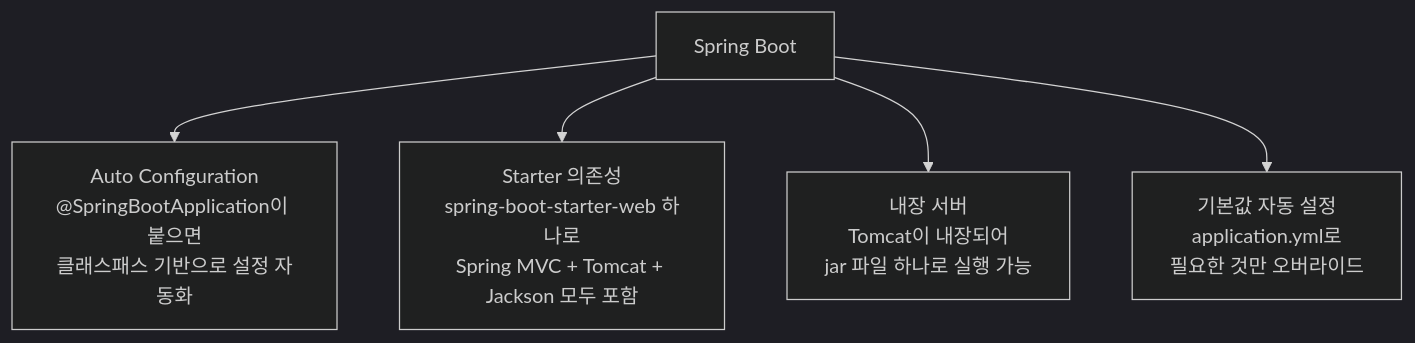
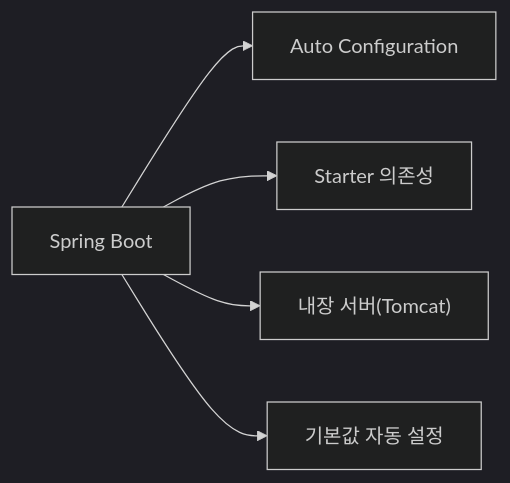
Before and after one commit to yjkim2015/yjkim2015.github.io: the first of 2 diagrams in _posts/springboot/2021-04-27-springboot-프로젝트생성.md, drawn with Mermaid (dark theme). The commit also changed other lines of this file and 245 other files, not shown here.

First line of the commit message:
Mermaid 다이어그램 전면 수정 + 면접 포인트 접기/펼치기 + DB 데드락 페이지

```diff
--- a/_posts/springboot/2021-04-27-springboot-프로젝트생성.md
+++ b/_posts/springboot/2021-04-27-springboot-프로젝트생성.md
@@ -31,8 +31,8 @@
 <div class="mermaid">
-graph TD
+graph LR
     SB["Spring Boot"]
-    SB --> AC["Auto Configuration\n@SpringBootApplication이 붙으면\n클래스패스 기반으로 설정 자동화"]
-    SB --> SM["Starter 의존성\nspring-boot-starter-web 하나로\nSpring MVC + Tomcat + Jackson 모두 포함"]
-    SB --> ES["내장 서버\nTomcat이 내장되어\njar 파일 하나로 실행 가능"]
-    SB --> DP["기본값 자동 설정\napplication.yml로\n필요한 것만 오버라이드"]
+    SB --> AC["Auto Configuration"]
+    SB --> SM["Starter 의존성"]
+    SB --> ES["내장 서버(Tomcat)"]
+    SB --> DP["기본값 자동 설정"]
 </div>
```
